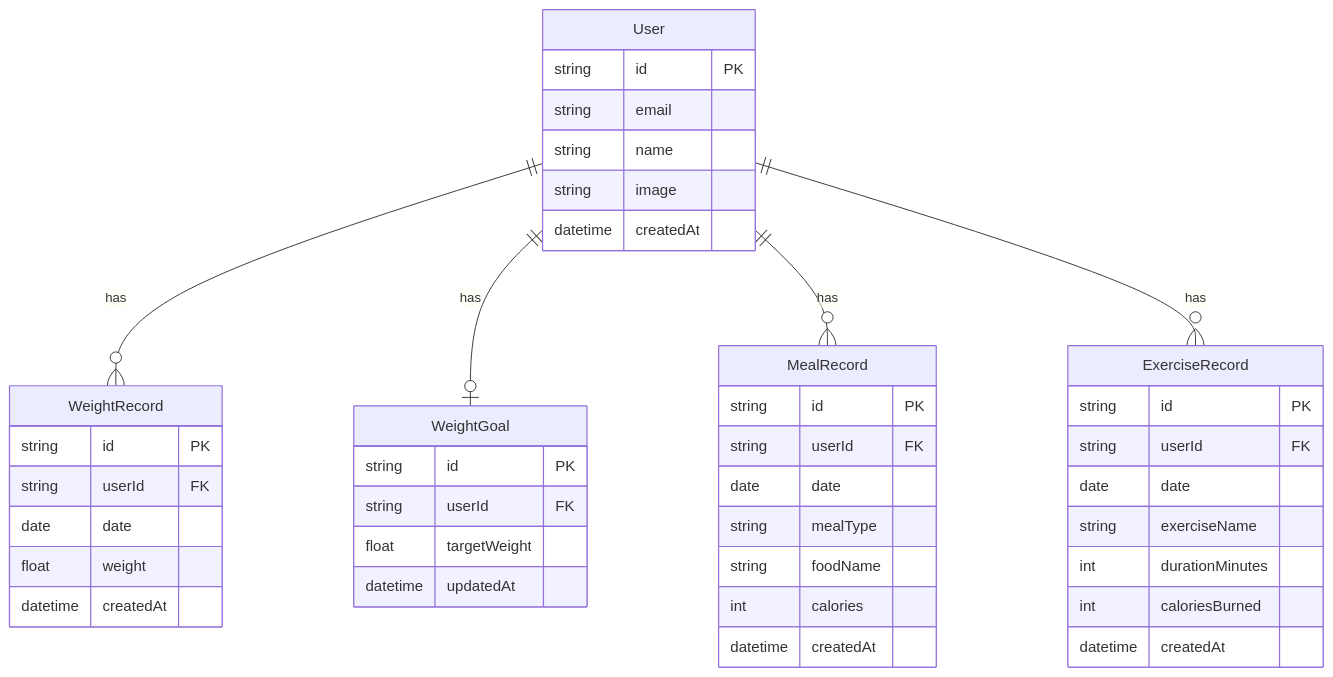
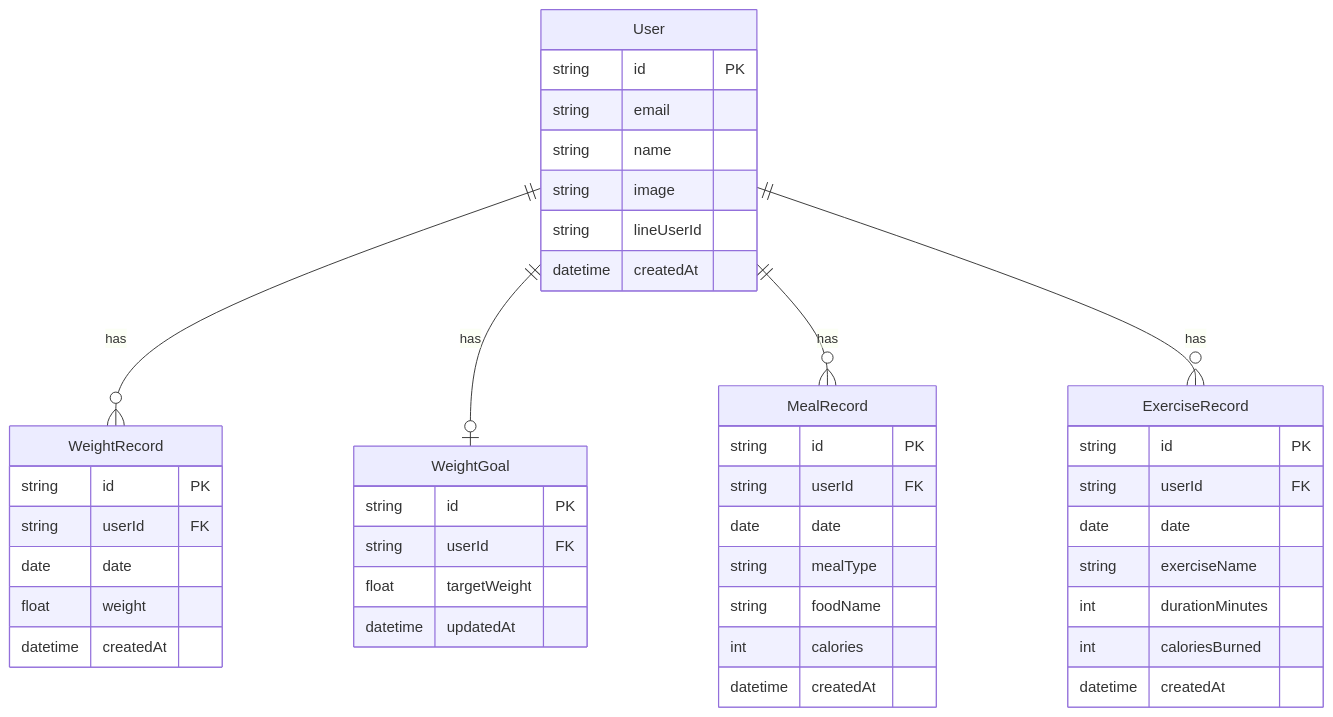
Before and after one commit to m-shimizu-f-50/karada-log: the second of 2 diagrams in docs/functional-design.md, drawn with Mermaid. The commit also changed other lines of this file, not shown here.

Commit message:
Add line_user_id to users table definition

````diff
--- a/docs/functional-design.md
+++ b/docs/functional-design.md
@@ -327,50 +327,51 @@
 ```mermaid
 erDiagram
     User {
         string id PK
         string email
         string name
         string image
+        string lineUserId
         datetime createdAt
     }
 
     WeightRecord {
         string id PK
         string userId FK
         date date
         float weight
         datetime createdAt
     }
 
     WeightGoal {
         string id PK
         string userId FK
         float targetWeight
         datetime updatedAt
     }
 
     MealRecord {
         string id PK
         string userId FK
         date date
         string mealType
         string foodName
         int calories
         datetime createdAt
     }
 
     ExerciseRecord {
         string id PK
         string userId FK
         date date
         string exerciseName
         int durationMinutes
         int caloriesBurned
         datetime createdAt
     }
 
     User ||--o{ WeightRecord : "has"
     User ||--o| WeightGoal : "has"
     User ||--o{ MealRecord : "has"
     User ||--o{ ExerciseRecord : "has"
 ```
````
